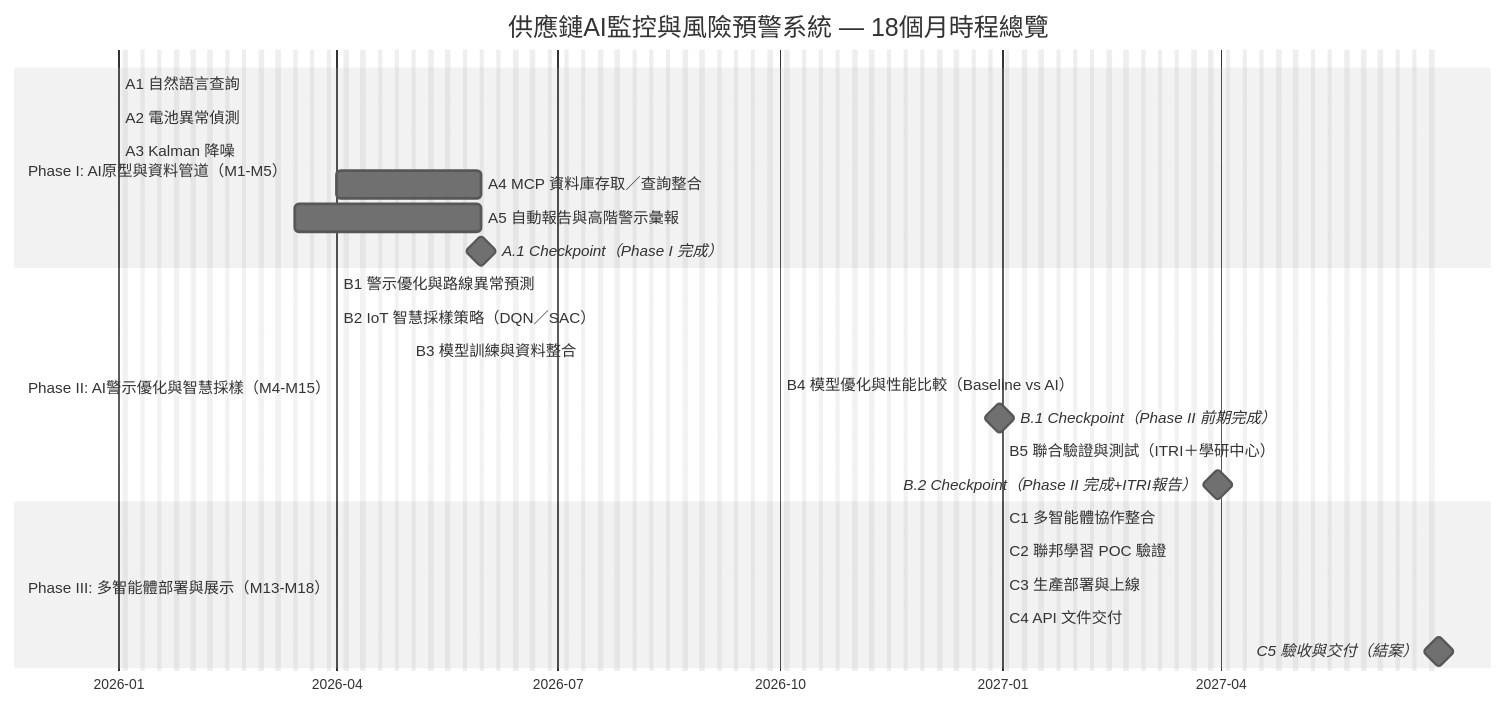
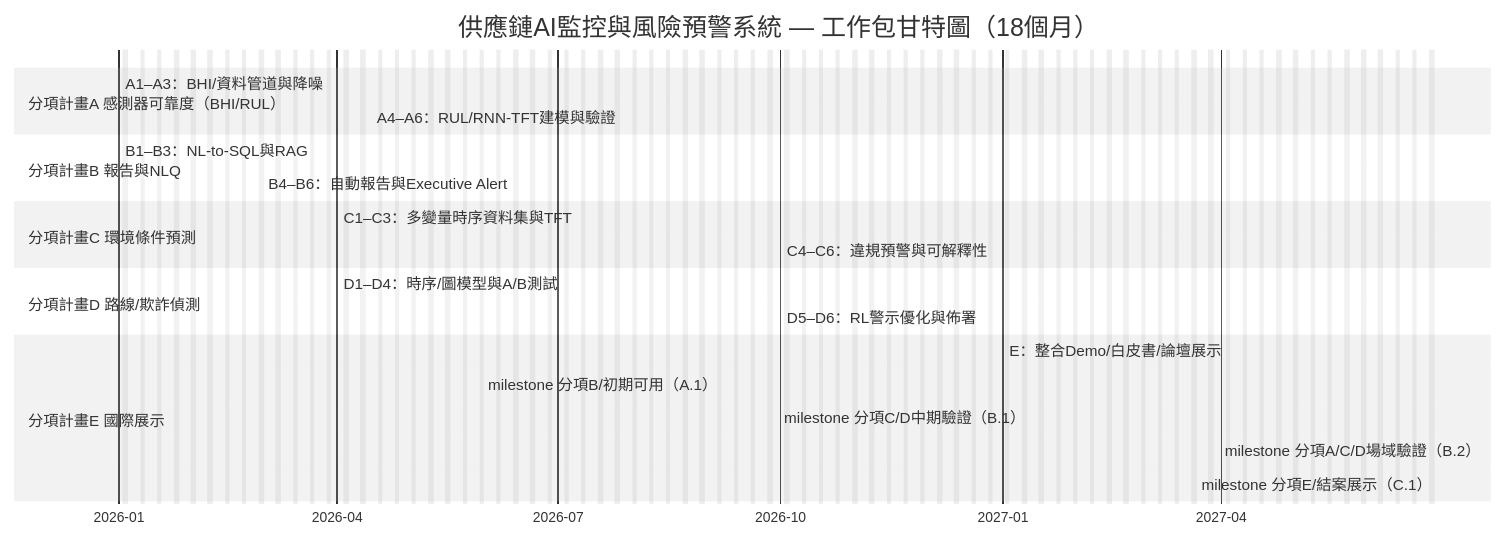
One commit to jshuo/ai-moea-proposal changed the diagram in proposal/AI應用躍昇計畫-計畫書-提交版.md. Above: the diagram before and after it, drawn with Mermaid (neutral theme). The commit also changed other lines of this file, not shown here.

````diff
--- a/proposal/AI應用躍昇計畫-計畫書-提交版.md
+++ b/proposal/AI應用躍昇計畫-計畫書-提交版.md
@@ -437,42 +364,31 @@
 ```mermaid
 gantt
-    title 供應鏈AI監控與風險預警系統 — 18個月時程總覽
+    title 供應鏈AI監控與風險預警系統 — 工作包甘特圖（18個月）
     dateFormat  YYYY-MM-DD
     axisFormat  %Y-%m
     excludes    weekends
 
-    %% -------------------------
-    %% Phase I: 2026-01-01 ~ 2026-05-31 (5m, M1-M5)
-    %% -------------------------
-    section Phase I: AI原型與資料管道（M1-M5）
-    A1 自然語言查詢                       :a1, 2026-01-01, 3.5m
-    A2 電池異常偵測                       :a2, 2026-01-01, 3.5m
-    A3 Kalman 降噪                        :a3, 2026-01-01, 3.0m
-    A4 MCP 資料庫存取／查詢整合            :a4, 2026-04-01, 2026-05-31
-    A5 自動報告與高階警示彙報             :a5, 2026-03-15, 2026-05-31
-    A.1 Checkpoint（Phase I 完成）        :milestone, a_cp, 2026-05-31, 0d
+   section 分項計畫A 感測器可靠度（BHI/RUL）
+   A1–A3：BHI/資料管道與降噪         :a1, 2026-01-01, 4m
+   A4–A6：RUL/RNN-TFT建模與驗證      :a2, 2026-04-15, 6m
 
-    %% -------------------------
-    %% Phase II: 2026-04-01 ~ 2027-03-31 (12m, M4-M15)
-    %% 註：2026/04-05 為與Phase I重疊準備期
-    %% -------------------------
-    section Phase II: AI警示優化與智慧採樣（M4-M15）
-    B1 警示優化與路線異常預測                       :b1, 2026-04-01, 6m
-    B2 IoT 智慧採樣策略（DQN／SAC）                 :b2, 2026-04-01, 8m
-    B3 模型訓練與資料整合                          :b3, 2026-05-01, 7m
-    B4 模型優化與性能比較（Baseline vs AI）          :b4, 2026-10-01, 4m
-    B.1 Checkpoint（Phase II 前期完成）             :milestone, b1_cp, 2026-12-31, 0d
-    B5 聯合驗證與測試（ITRI＋學研中心）             :b5, 2027-01-01, 3m
-    B.2 Checkpoint（Phase II 完成+ITRI報告）        :milestone, b2_cp, 2027-03-31, 0d
+   section 分項計畫B 報告與NLQ
+   B1–B3：NL-to-SQL與RAG            :b1, 2026-01-01, 3.5m
+   B4–B6：自動報告與Executive Alert  :b2, 2026-03-01, 2.5m
 
-    %% -------------------------
-    %% Phase III: 2027-01-01 ~ 2027-06-30 (6m, M13-M18)
-    %% -------------------------
-    section Phase III: 多智能體部署與展示（M13-M18）
-    C1 多智能體協作整合                             :c1, 2027-01-01, 6m
-    C2 聯邦學習 POC 驗證                             :c2, 2027-01-01, 6m
-    C3 生產部署與上線                               :c3, 2027-01-01, 6m
-    C4 API 文件交付                                  :c4, 2027-01-01, 6m
-    C5 驗收與交付（結案）                            :milestone, c5, 2027-06-30, 0d
+   section 分項計畫C 環境條件預測
+   C1–C3：多變量時序資料集與TFT     :c1, 2026-04-01, 8m
+   C4–C6：違規預警與可解釋性         :c2, 2026-10-01, 4m
 
+   section 分項計畫D 路線/欺詐偵測
+   D1–D4：時序/圖模型與A/B測試      :d1, 2026-04-01, 9m
+   D5–D6：RL警示優化與佈署           :d2, 2026-10-01, 5m
+
+   section 分項計畫E 國際展示
+   E：整合Demo/白皮書/論壇展示       :e, 2027-01-01, 6m
+
+   milestone 分項B/初期可用（A.1）   :m1, 2026-05-31, 0d
+   milestone 分項C/D中期驗證（B.1）  :m2, 2026-09-30, 0d
+   milestone 分項A/C/D場域驗證（B.2）:m3, 2027-03-31, 0d
+   milestone 分項E/結案展示（C.1）   :m4, 2027-06-30, 0d
 ```
````
